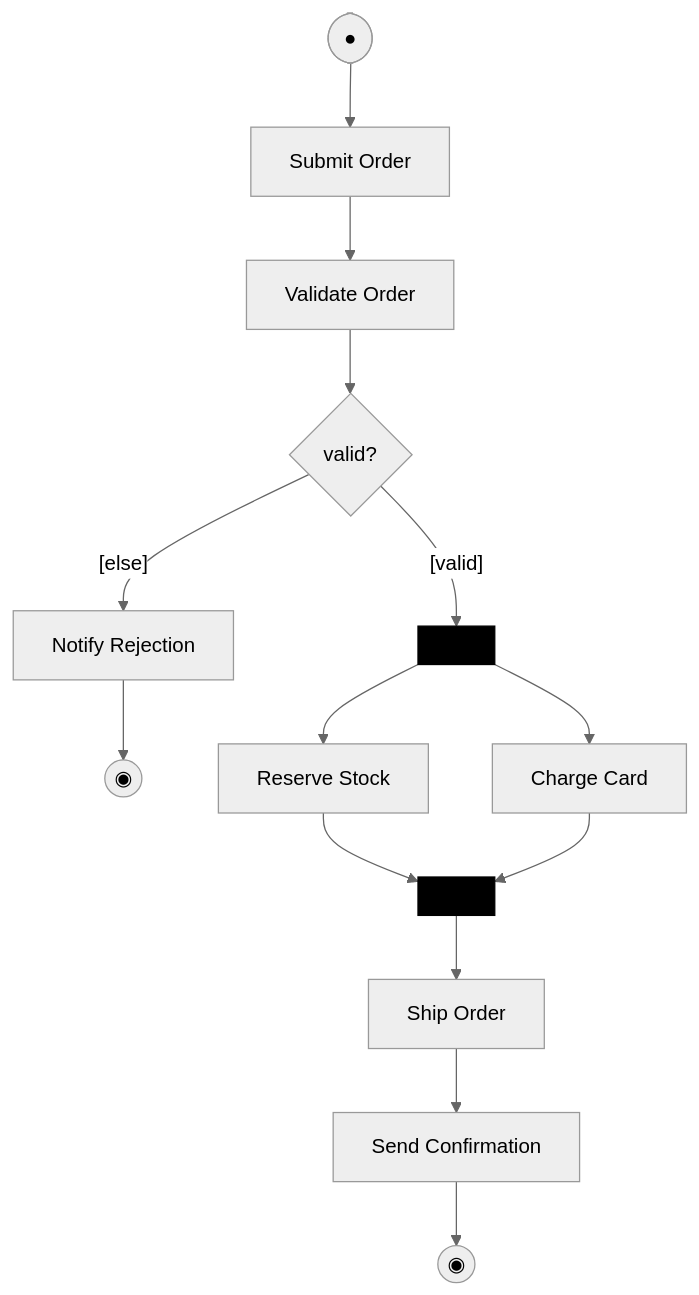
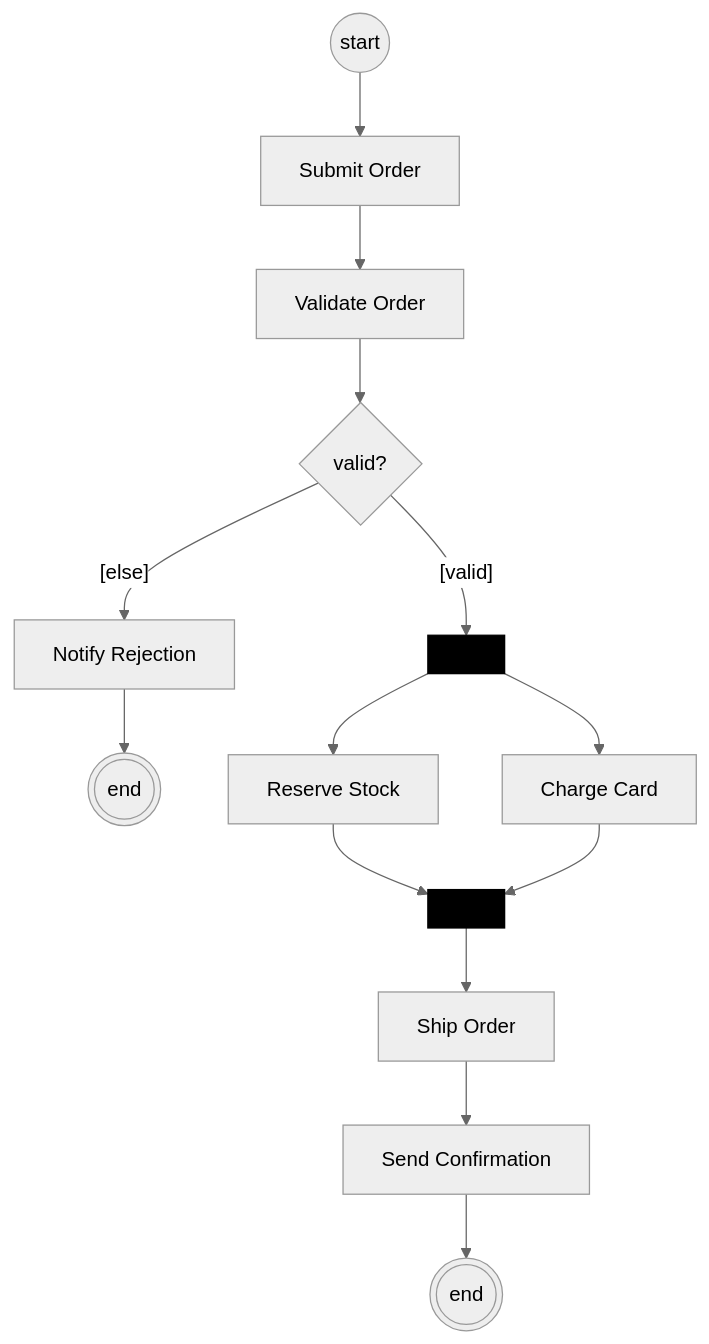
Before and after one commit to klesajos/grimoire: the diagram in plugins/archmage/skills/uml/reference/activity-diagram.md, drawn with Mermaid (neutral theme). The commit also changed other lines of this file and 85 other files, not shown here.

First line of the commit message:
Illustrate archmage reference files with example diagrams

````diff
--- a/plugins/archmage/skills/uml/reference/activity-diagram.md
+++ b/plugins/archmage/skills/uml/reference/activity-diagram.md
@@ -50,16 +57,17 @@
 ```mermaid
 flowchart TD
-    start([●]) --> submit[Submit Order]
+    start((start)) --> submit[Submit Order]
     submit --> validate[Validate Order]
     validate --> dec{valid?}
-    dec -- "[else]" --> reject[Notify Rejection] --> stop1((◉))
-    dec -- "[valid]" --> fork[" "]:::bar
+    dec -- "[else]" --> reject[Notify Rejection]
+    reject --> stop1(((end)))
+    dec -- "[valid]" --> fork[ ]:::bar
     fork --> reserve[Reserve Stock]
     fork --> charge[Charge Card]
-    reserve --> join[" "]:::bar
+    reserve --> join[ ]:::bar
     charge --> join
     join --> ship[Ship Order]
     ship --> confirm[Send Confirmation]
-    confirm --> stop2((◉))
-    classDef bar fill:#000,stroke:#000,color:#000;
+    confirm --> stop2(((end)))
+    classDef bar fill:#000,stroke:#000,color:#fff;
 ```
````
